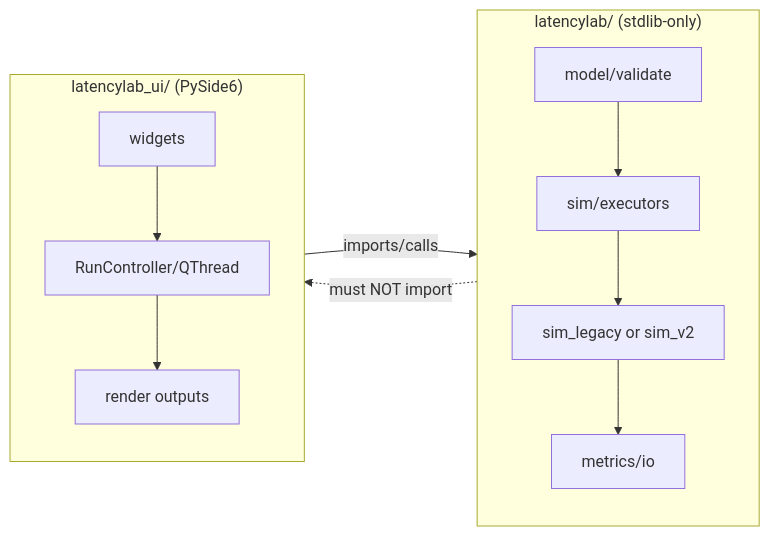
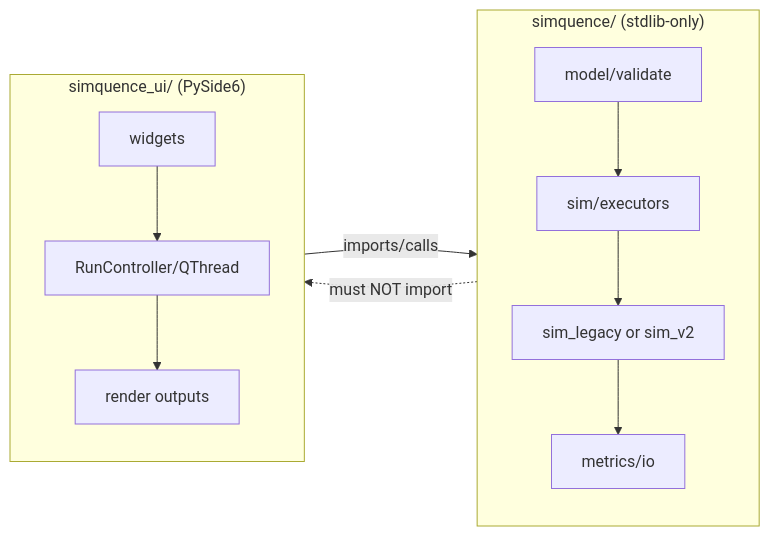
Before and after one commit to oernster/Simquence: the third of 3 diagrams in ARCHITECTURE.md, drawn with Mermaid. The commit also changed other lines of this file and 292 other files, not shown here.

````diff
--- a/ARCHITECTURE.md
+++ b/ARCHITECTURE.md
@@ -189,16 +189,16 @@
 ```mermaid
 flowchart LR
-  subgraph Core["latencylab/ (stdlib-only)"]
+  subgraph Core["simquence/ (stdlib-only)"]
     M[model/validate] --> S[sim/executors]
     S --> E[sim_legacy or sim_v2]
     E --> Out[metrics/io]
   end
 
-  subgraph UI["latencylab_ui/ (PySide6)"]
+  subgraph UI["simquence_ui/ (PySide6)"]
     W[widgets] --> C[RunController/QThread]
     C --> R[render outputs]
   end
 
   UI -->|imports/calls| Core
   Core -. must NOT import .-> UI
 ```
````
